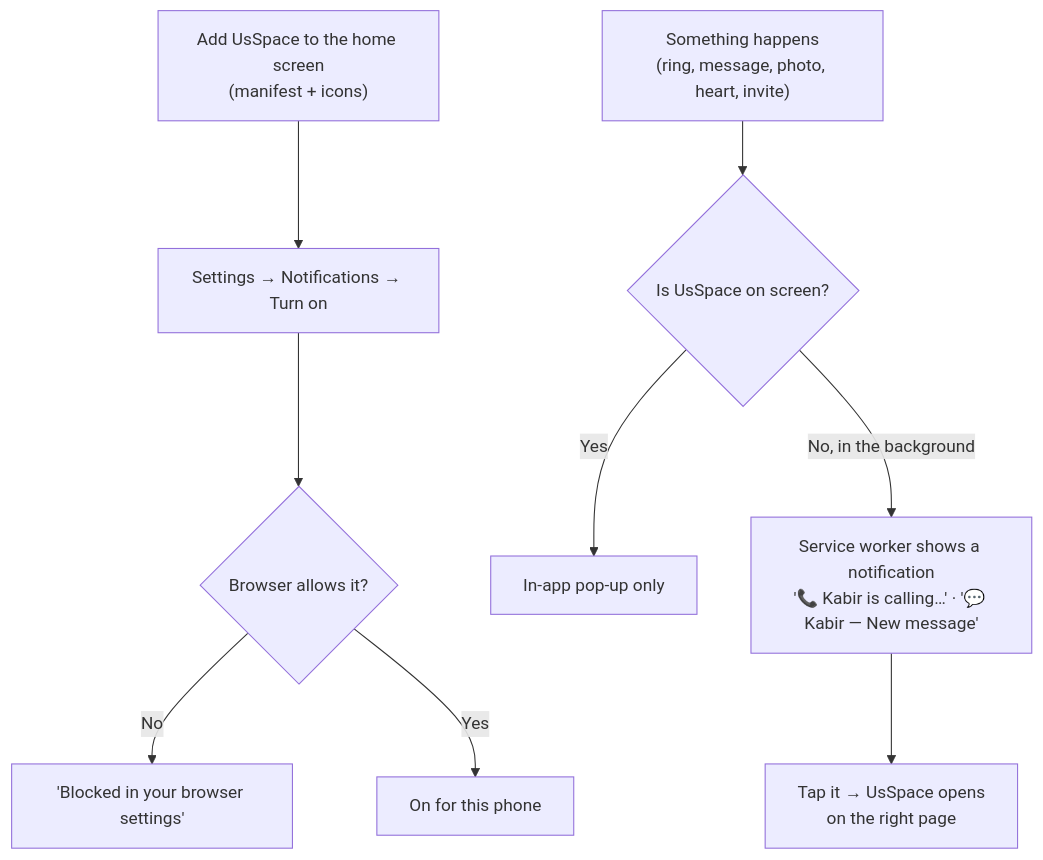
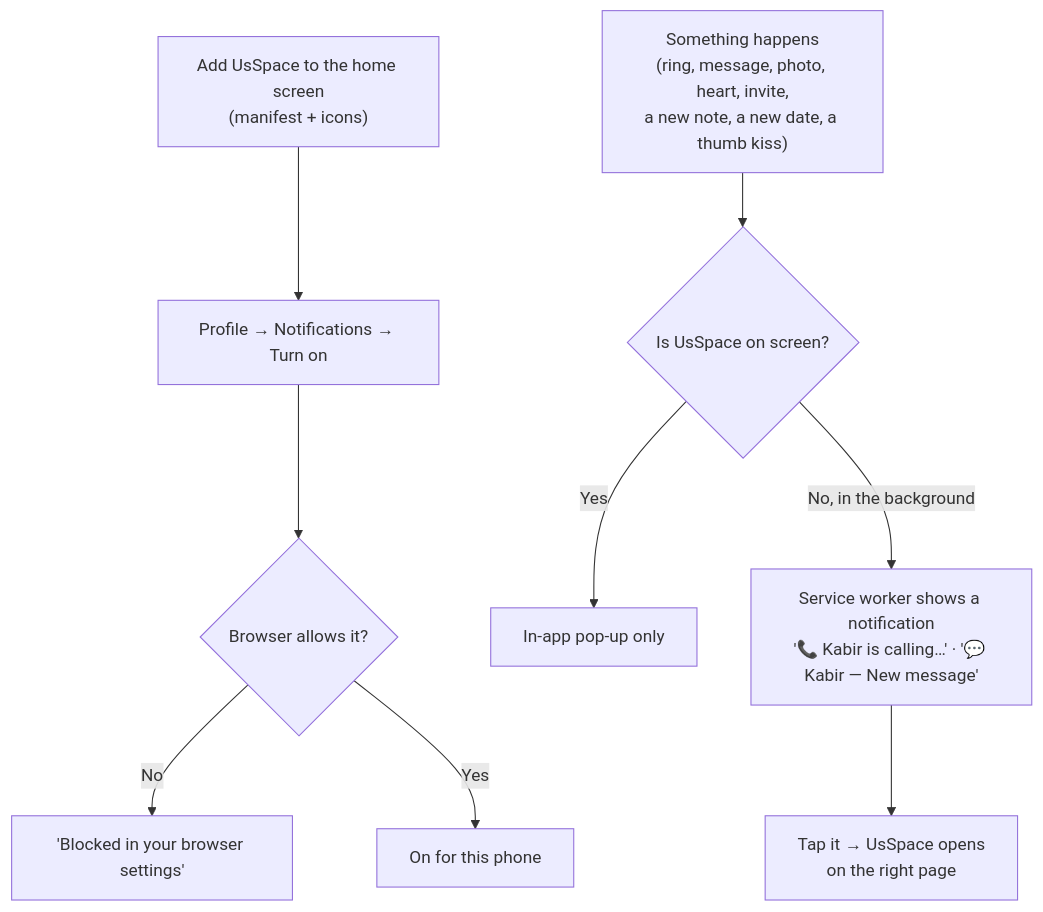
Diagram 27 of 34 in front-end/doc/04-flowcharts.md (silent-coder-dev/private-space), drawn with Mermaid before and after one commit. The commit also changed other lines of this file and 56 other files, not shown here.

````diff
--- a/front-end/doc/04-flowcharts.md
+++ b/front-end/doc/04-flowcharts.md
@@ -593,11 +606,11 @@
 ```mermaid
 flowchart TD
-    I["Add UsSpace to the home screen<br/>(manifest + icons)"] --> S["Settings → Notifications → Turn on"]
+    I["Add UsSpace to the home screen<br/>(manifest + icons)"] --> S["Profile → Notifications → Turn on"]
     S --> P{"Browser allows it?"}
     P -->|"No"| N["'Blocked in your browser settings'"]
     P -->|"Yes"| ON["On for this phone"]
-    E["Something happens<br/>(ring, message, photo, heart, invite)"] --> V{"Is UsSpace on screen?"}
+    E["Something happens<br/>(ring, message, photo, heart, invite,<br/>a new note, a new date, a thumb kiss)"] --> V{"Is UsSpace on screen?"}
     V -->|"Yes"| T["In-app pop-up only"]
     V -->|"No, in the background"| W["Service worker shows a notification<br/>'📞 Kabir is calling…' · '💬 Kabir — New message'"]
     W --> TAP["Tap it → UsSpace opens<br/>on the right page"]
 ```
````
